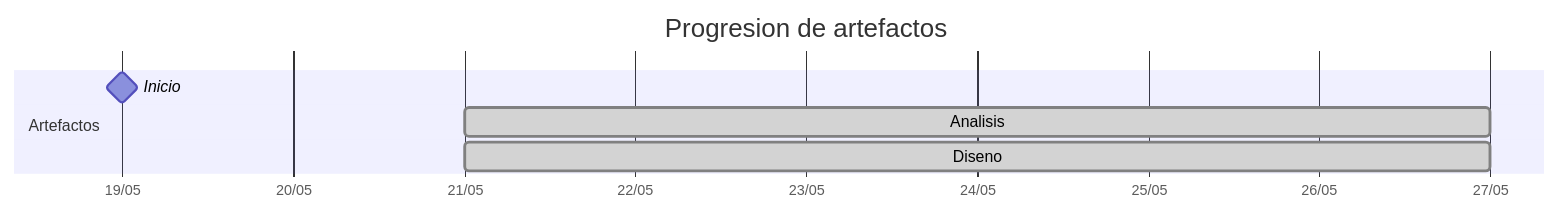
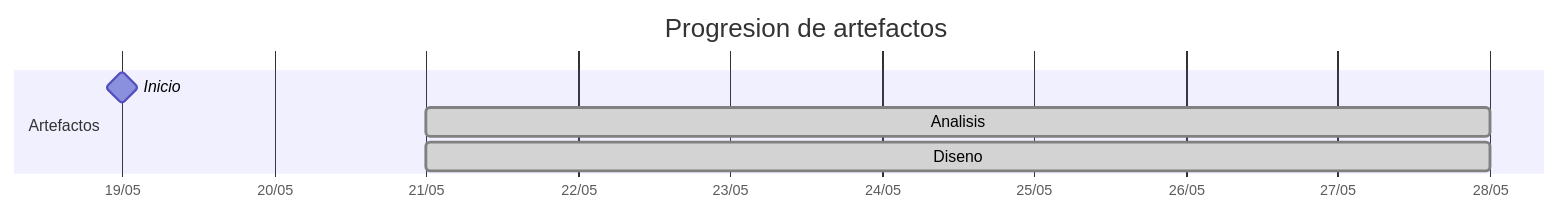
One commit to carlos-alvarado-25/25-26-idsw2-sdVC changed the diagram in TIMELINES/franvenero.md. Above: the diagram before and after it, drawn with Mermaid. The commit also changed 12 other files, not shown here.

````diff
--- a/TIMELINES/franvenero.md
+++ b/TIMELINES/franvenero.md
@@ -18,10 +18,10 @@
 ```mermaid
 gantt
     title Progresion de artefactos
     dateFormat YYYY-MM-DD
     axisFormat %d/%m
     section Artefactos
         Inicio       :milestone, 2026-05-19, 0d
-        Analisis     :done, 2026-05-21, 2026-05-27
-        Diseno       :done, 2026-05-21, 2026-05-27
+        Analisis     :done, 2026-05-21, 2026-05-28
+        Diseno       :done, 2026-05-21, 2026-05-28
 ```
````
